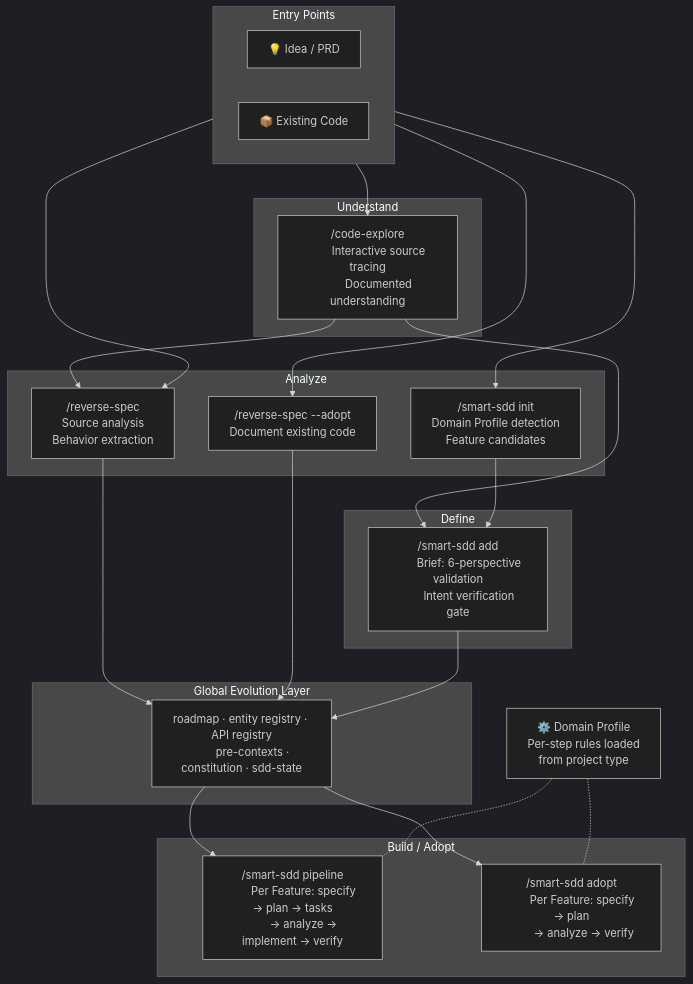
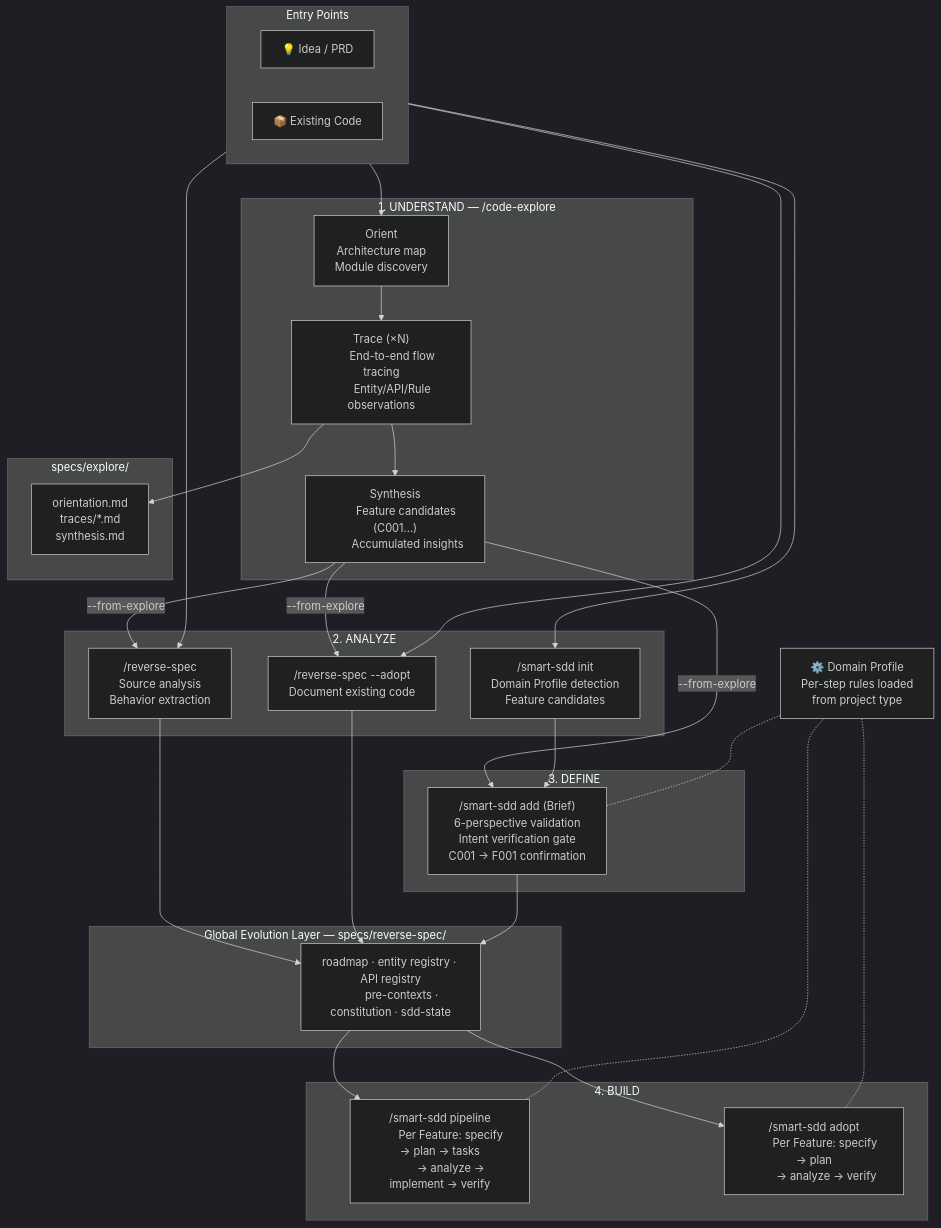
One commit to coolhero/spec-kit-skills changed the second of 5 diagrams in README.md. Above: the diagram before and after it, drawn with Mermaid (dark theme). The commit also changed other lines of this file and 1 other file, not shown here.

Commit message:
Expand overview diagram to show full skill lifecycle with artifacts
Replace entry-point-only diagram with comprehensive flow showing:
- code-explore internal phases (orient → trace ×N → synthesis)
- Artifact output path (specs/explore/)
- Handoff connections (--from-explore → reverse-spec/add/adopt)
- C001 → F001 candidate-to-Feature confirmation
- Domain Profile influence on define + build phases
- Explanatory paragraph linking all four stages

````diff
--- a/README.md
+++ b/README.md
@@ -184,13 +184,26 @@
         CODE["📦 Existing Code"]
     end
 
-    subgraph explore["Understand"]
-        CE["/code-explore
-        Interactive source tracing
-        Documented understanding"]
+    subgraph explore["1. UNDERSTAND — /code-explore"]
+        CE_ORIENT["Orient
+        Architecture map
+        Module discovery"]
+        CE_TRACE["Trace (×N)
+        End-to-end flow tracing
+        Entity/API/Rule observations"]
+        CE_SYNTH["Synthesis
+        Feature candidates (C001...)
+        Accumulated insights"]
+        CE_ORIENT --> CE_TRACE --> CE_SYNTH
     end
 
-    subgraph analyze["Analyze"]
+    subgraph explore_out["specs/explore/"]
+        EO["orientation.md
+        traces/*.md
+        synthesis.md"]
+    end
+
+    subgraph analyze["2. ANALYZE"]
         INIT["/smart-sdd init
         Domain Profile detection
         Feature candidates"]
@@ -201,18 +214,19 @@
         Document existing code"]
     end
 
-    subgraph define["Define"]
-        ADD["/smart-sdd add
-        Brief: 6-perspective validation
-        Intent verification gate"]
+    subgraph define["3. DEFINE"]
+        ADD["/smart-sdd add (Brief)
+        6-perspective validation
+        Intent verification gate
+        C001 → F001 confirmation"]
     end
 
-    subgraph artifacts["Global Evolution Layer"]
+    subgraph gel["Global Evolution Layer — specs/reverse-spec/"]
         GEL["roadmap · entity registry · API registry
         pre-contexts · constitution · sdd-state"]
     end
 
-    subgraph build["Build / Adopt"]
+    subgraph build["4. BUILD"]
         PIPELINE["/smart-sdd pipeline
         Per Feature: specify → plan → tasks
         → analyze → implement → verify"]
@@ -225,10 +239,14 @@
     Per-step rules loaded
     from project type"]
 
+    CODE --> CE_ORIENT
+    CE_TRACE --> EO
     IDEA --> INIT
-    CODE --> CE
-    CE --> RS
-    CE --> ADD
+
+    CE_SYNTH -- "--from-explore" --> RS
+    CE_SYNTH -- "--from-explore" --> ADD
+    CE_SYNTH -- "--from-explore" --> ADOPT_RS
+
     CODE --> RS
     CODE --> ADOPT_RS
     INIT --> ADD
@@ -239,4 +257,5 @@
     GEL --> ADOPT_P
     DP -.- PIPELINE
     DP -.- ADOPT_P
+    DP -.- ADD
 ```
````
